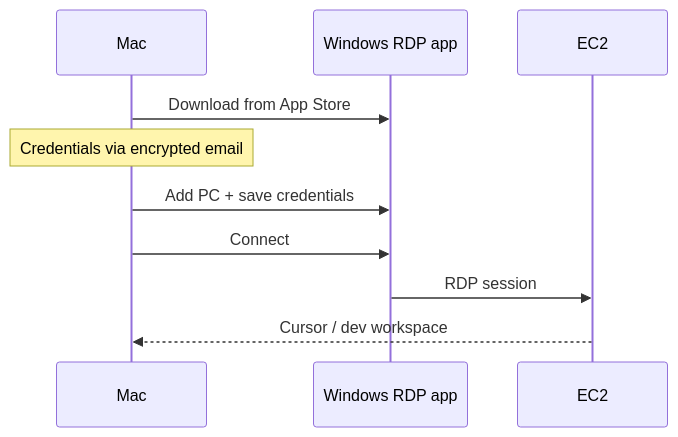
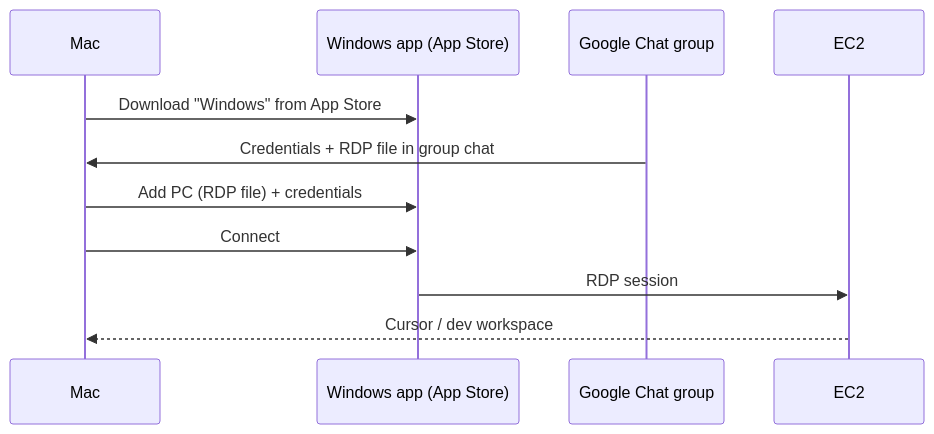
Before and after one commit to Cyborg-Hawk-AI/Onboarding: the fourth of 5 diagrams in docs/TEAM_SETUP_AND_TOOLS.md, drawn with Mermaid. The commit also changed other lines of this file, not shown here.

Commit message:
Clarify: Windows app (App Store name); credentials + RDP file in Google Chat group chats; DevOps one EC2, UX/CX different EC2; auto-shutdown after 2h

````diff
--- a/docs/TEAM_SETUP_AND_TOOLS.md
+++ b/docs/TEAM_SETUP_AND_TOOLS.md
@@ -130,12 +128,13 @@
 ```mermaid
 sequenceDiagram
   participant Mac
-  participant App as Windows RDP app
+  participant App as Windows app (App Store)
+  participant Chat as Google Chat group
   participant EC2
-  Mac->>App: Download from App Store
-  Note over Mac: Credentials via encrypted email
-  Mac->>App: Add PC + save credentials
+  Mac->>App: Download "Windows" from App Store
+  Chat->>Mac: Credentials + RDP file in group chat
+  Mac->>App: Add PC (RDP file) + credentials
   Mac->>App: Connect
   App->>EC2: RDP session
   EC2-->>Mac: Cursor / dev workspace
 ```
````
